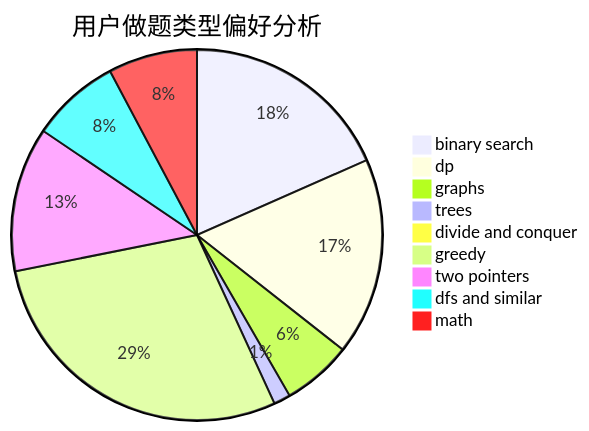
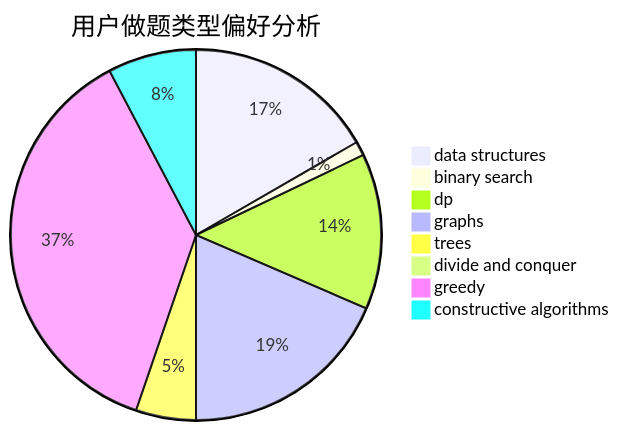
Before and after one commit to sherpahu/cfrs.github.io: the second of 3 diagrams in docs/user/u1318.md, drawn with Mermaid. The commit also changed other lines of this file and 2775 other files, not shown here.

````diff
--- a/docs/user/u1318.md
+++ b/docs/user/u1318.md
@@ -23,12 +23,11 @@
 ```mermaid
 pie title 用户做题类型偏好分析
-    "binary search" :  315
-    "dp" :  295
-    "graphs" :  104
-    "trees" :  25
+    "data structures" :  54
+    "binary search" :  4
+    "dp" :  44
+    "graphs" :  60
+    "trees" :  17
     "divide and conquer" :  0
-    "greedy" :  492
-    "two pointers" :  216
-    "dfs and similar" :  133
-    "math" :  133
+    "greedy" :  120
+    "constructive algorithms" :  25
 ```
````
